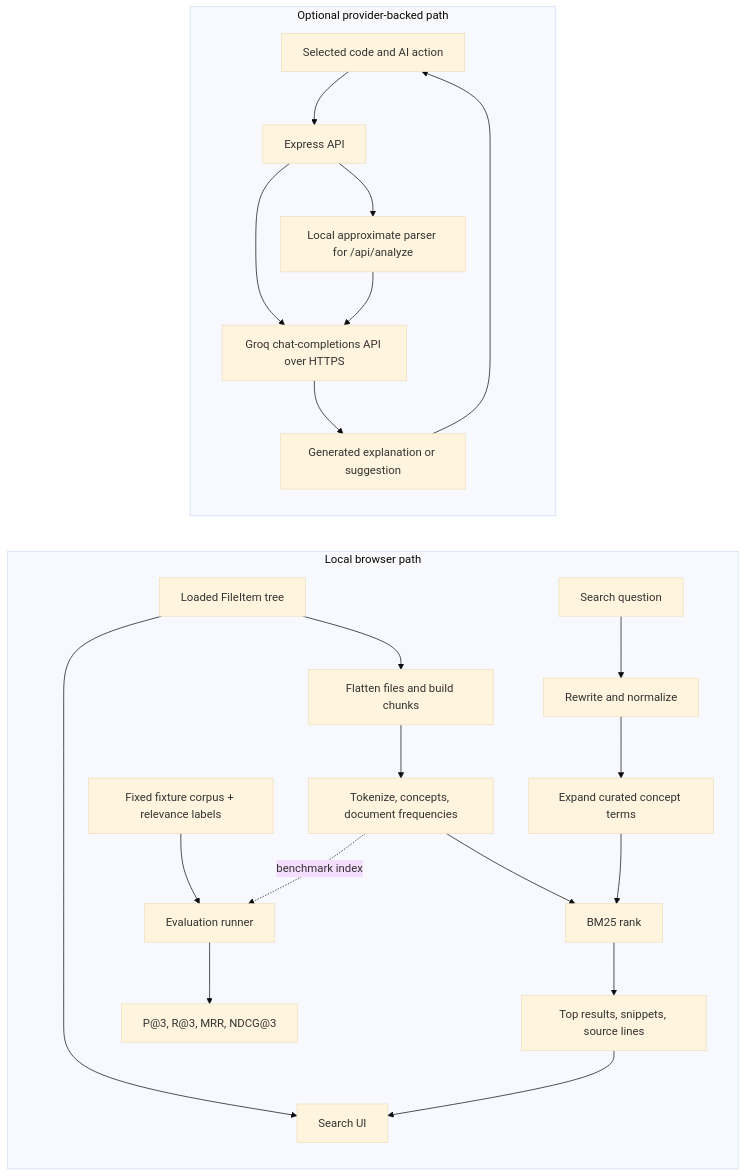
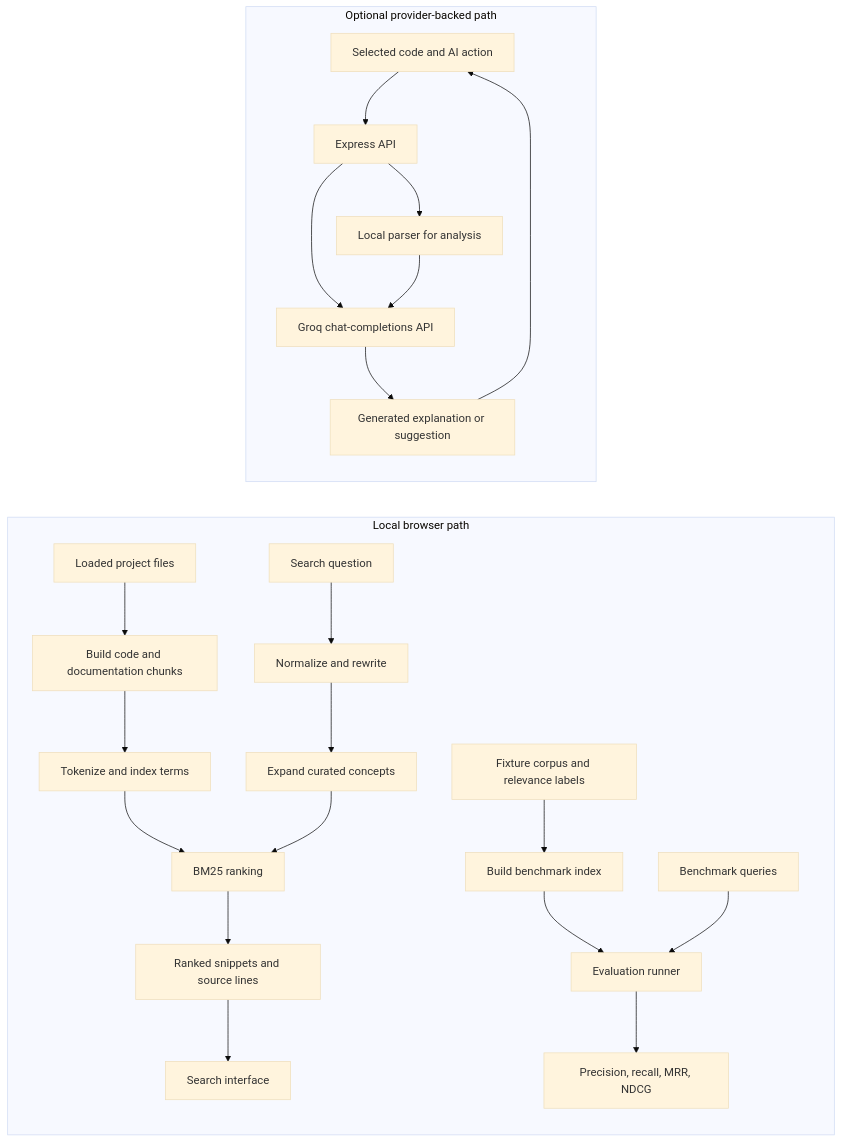
One commit to srishtipandey1/codeexplain changed the diagram in README.md. Above: the diagram before and after it, drawn with Mermaid (base theme). The commit also changed other lines of this file, not shown here.

````diff
--- a/README.md
+++ b/README.md
@@ -31,25 +32,25 @@
 ```mermaid
 flowchart LR
   subgraph Local["Local browser path"]
-    F["Loaded FileItem tree"] --> I["Flatten files and build chunks"]
-    I --> X["Tokenize, concepts, document frequencies"]
-    Q["Search question"] --> N["Rewrite and normalize"]
-    N --> E["Expand curated concept terms"]
-    X --> B["BM25 rank"]
+    F["Loaded project files"] --> I["Build code and documentation chunks"]
+    I --> X["Tokenize and index terms"]
+    Q["Search question"] --> N["Normalize and rewrite"]
+    N --> E["Expand curated concepts"]
+    X --> B["BM25 ranking"]
     E --> B
-    B --> R["Top results, snippets, source lines"]
-    F --> U["Search UI"]
-    R --> U
-    T["Fixed fixture corpus + relevance labels"] --> V["Evaluation runner"]
-    X -. benchmark index .-> V
-    V --> M["P@3, R@3, MRR, NDCG@3"]
+    B --> R["Ranked snippets and source lines"]
+    R --> U["Search interface"]
+    T["Fixture corpus and relevance labels"] --> TI["Build benchmark index"]
+    TI --> V["Evaluation runner"]
+    TL["Benchmark queries"] --> V
+    V --> M["Precision, recall, MRR, NDCG"]
   end
   subgraph Optional["Optional provider-backed path"]
     W["Selected code and AI action"] --> A["Express API"]
-    A --> P["Local approximate parser for /api/analyze"]
-    A --> G["Groq chat-completions API over HTTPS"]
+    A --> P["Local parser for analysis"]
+    A --> G["Groq chat-completions API"]
     P --> G
     G --> O["Generated explanation or suggestion"]
     O --> W
   end
 ```
````
